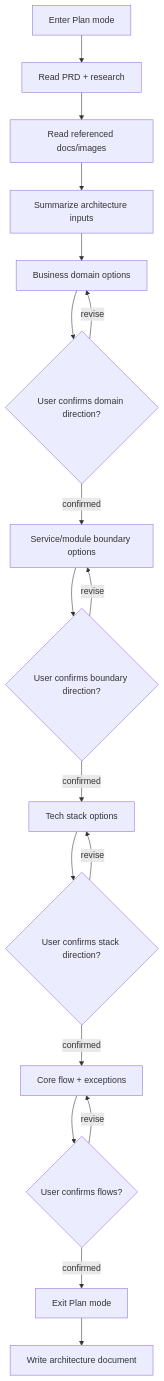
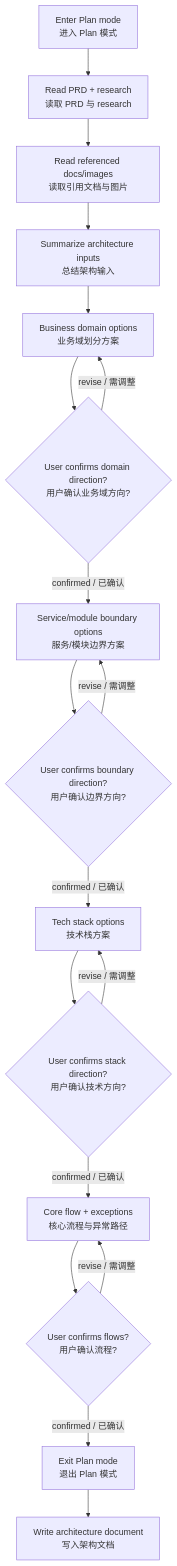
The diagram in architecture-design/SKILL.md (hisuL/ProjectSkill), drawn with Mermaid before and after one commit. The commit also changed other lines of this file and 1 other file, not shown here.

Commit message:
docs: localize design skills safely

````diff
--- a/architecture-design/SKILL.md
+++ b/architecture-design/SKILL.md
@@ -90,20 +90,20 @@
 ```mermaid
 flowchart TD
-    A[Enter Plan mode] --> B[Read PRD + research]
-    B --> C[Read referenced docs/images]
-    C --> D[Summarize architecture inputs]
-    D --> E[Business domain options]
-    E --> F{User confirms domain direction?}
-    F -- revise --> E
-    F -- confirmed --> G[Service/module boundary options]
-    G --> H{User confirms boundary direction?}
-    H -- revise --> G
-    H -- confirmed --> I[Tech stack options]
-    I --> J{User confirms stack direction?}
-    J -- revise --> I
-    J -- confirmed --> K[Core flow + exceptions]
-    K --> L{User confirms flows?}
-    L -- revise --> K
-    L -- confirmed --> M[Exit Plan mode]
-    M --> N[Write architecture document]
+    A[Enter Plan mode<br/>进入 Plan 模式] --> B[Read PRD + research<br/>读取 PRD 与 research]
+    B --> C[Read referenced docs/images<br/>读取引用文档与图片]
+    C --> D[Summarize architecture inputs<br/>总结架构输入]
+    D --> E[Business domain options<br/>业务域划分方案]
+    E --> F{User confirms domain direction?<br/>用户确认业务域方向?}
+    F -- revise / 需调整 --> E
+    F -- confirmed / 已确认 --> G[Service/module boundary options<br/>服务/模块边界方案]
+    G --> H{User confirms boundary direction?<br/>用户确认边界方向?}
+    H -- revise / 需调整 --> G
+    H -- confirmed / 已确认 --> I[Tech stack options<br/>技术栈方案]
+    I --> J{User confirms stack direction?<br/>用户确认技术方向?}
+    J -- revise / 需调整 --> I
+    J -- confirmed / 已确认 --> K[Core flow + exceptions<br/>核心流程与异常路径]
+    K --> L{User confirms flows?<br/>用户确认流程?}
+    L -- revise / 需调整 --> K
+    L -- confirmed / 已确认 --> M[Exit Plan mode<br/>退出 Plan 模式]
+    M --> N[Write architecture document<br/>写入架构文档]
 ```
````
